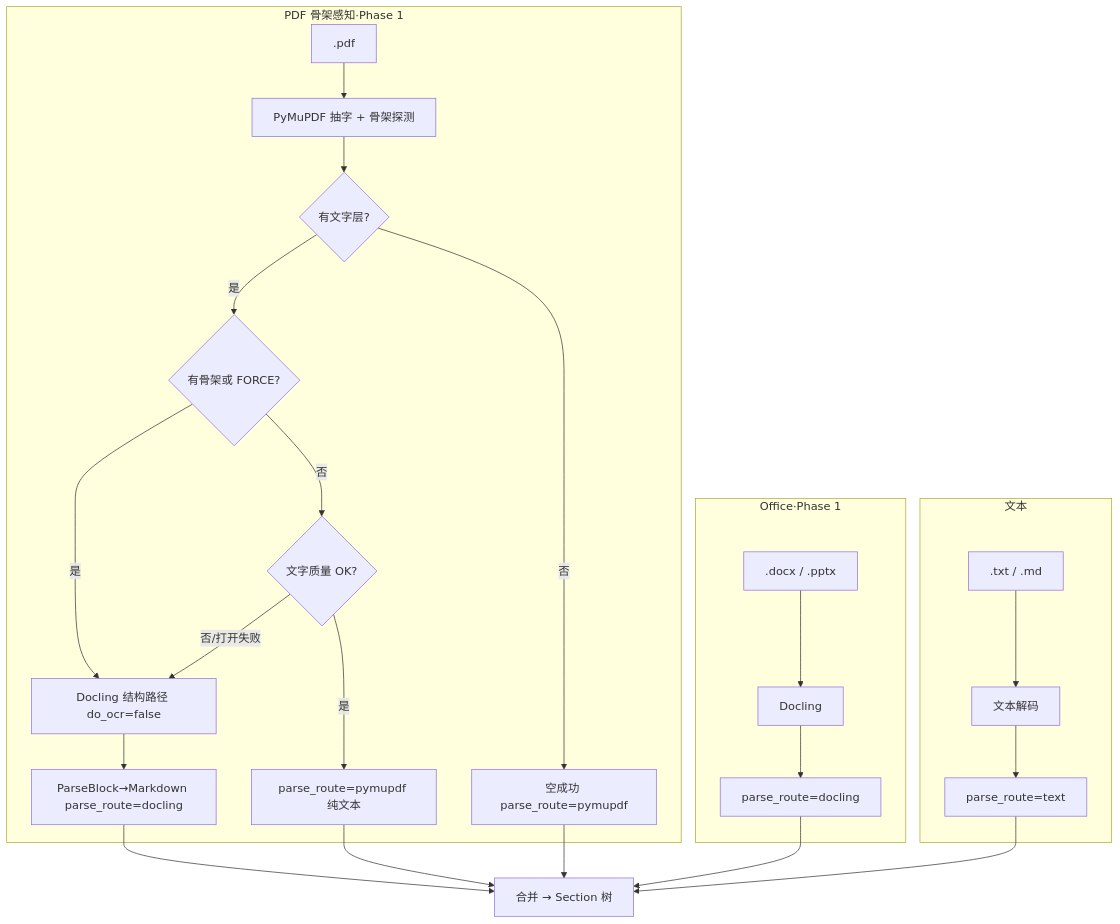
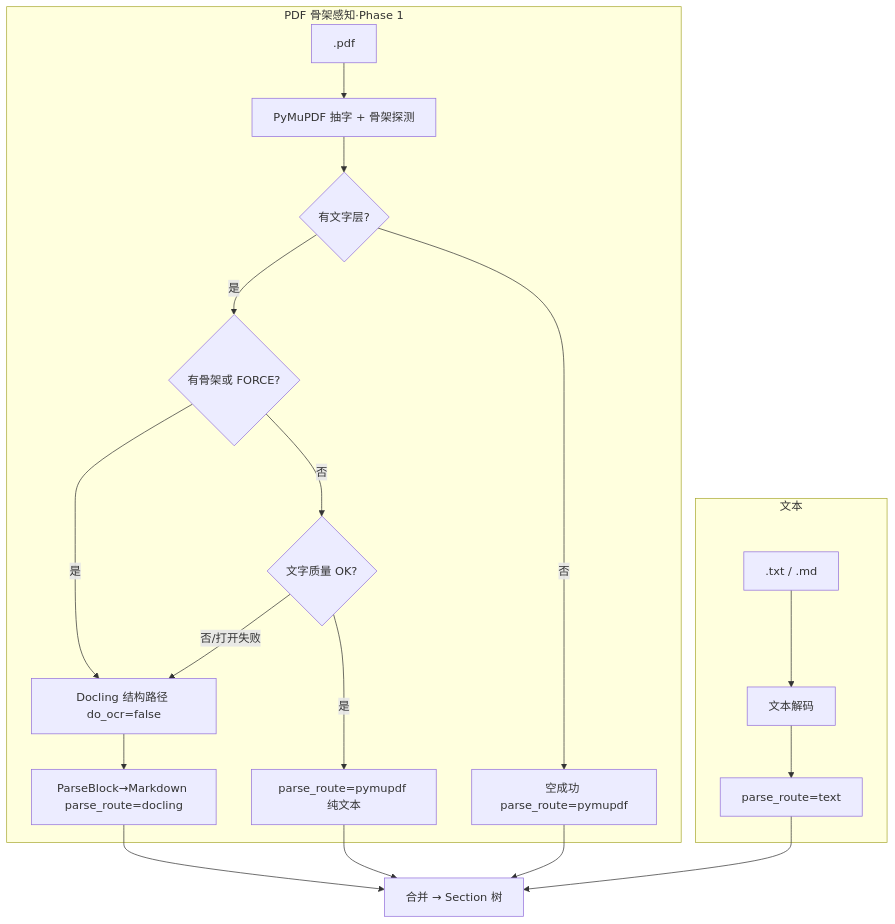
The second of 3 diagrams in docs/specs/phase1/features/F04-doc-indexing.md (zmisi/rag-as-service), drawn with Mermaid before and after one commit. The commit also changed other lines of this file and 14 other files, not shown here.

````diff
--- a/docs/specs/phase1/features/F04-doc-indexing.md
+++ b/docs/specs/phase1/features/F04-doc-indexing.md
@@ -61,27 +62,22 @@
 ```mermaid
 flowchart TD
   subgraph pdf [PDF 骨架感知·Phase 1]
     P0[.pdf] --> P1[PyMuPDF 抽字 + 骨架探测]
     P1 --> E{有文字层?}
     E -->|否| P0e[空成功 parse_route=pymupdf]
     E -->|是| S{有骨架或 FORCE?}
     S -->|是| P4[Docling 结构路径 do_ocr=false]
     P4 --> P5[ParseBlock→Markdown parse_route=docling]
     S -->|否| Q{文字质量 OK?}
     Q -->|是| P3[parse_route=pymupdf 纯文本]
     Q -->|否/打开失败| P4
   end
-  subgraph office [Office·Phase 1]
-    O0[.docx / .pptx] --> O1[Docling]
-    O1 --> O2[parse_route=docling]
-  end
   subgraph text [文本]
     T0[.txt / .md] --> T1[文本解码]
     T1 --> T2[parse_route=text]
   end
   P5 --> U[合并 → Section 树]
   P3 --> U
   P0e --> U
-  O2 --> U
   T2 --> U
 ```
````
